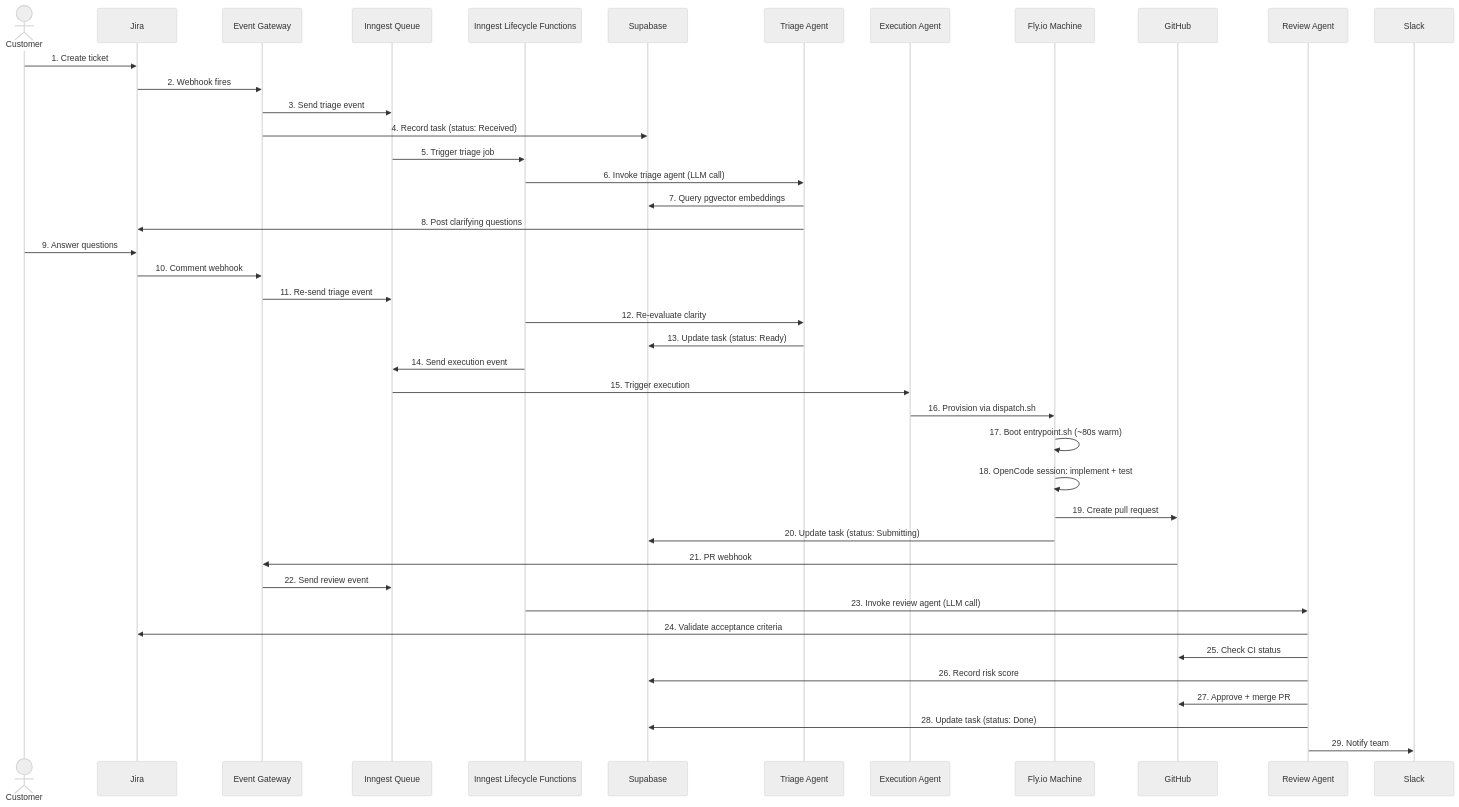
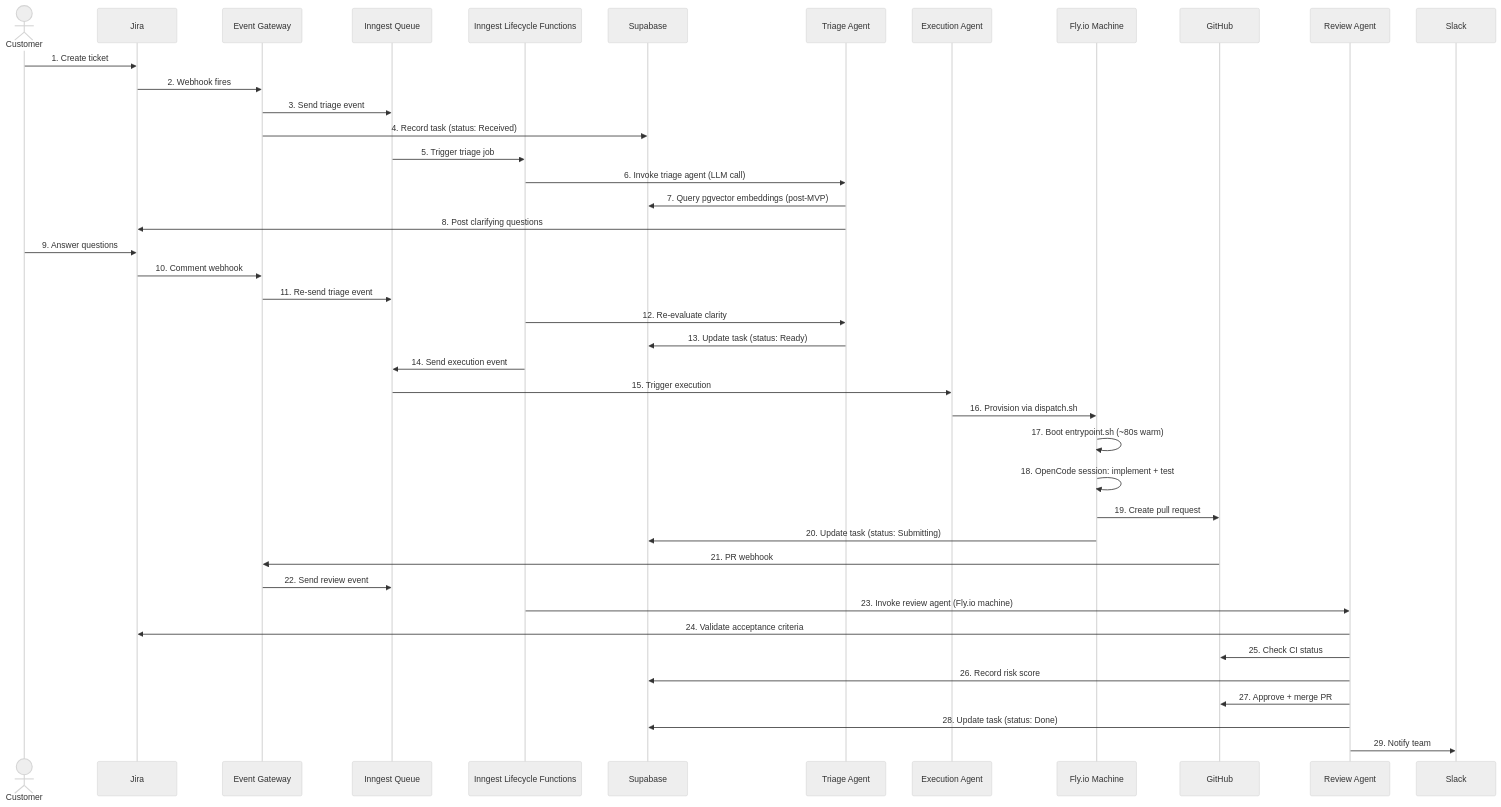
One commit to viiqswim/dozaldevs-ai-employee changed diagram 11 of 16 in docs/2026-03-22-2317-ai-employee-architecture.md. Above: the diagram before and after it, drawn with Mermaid (neutral theme). The commit also changed other lines of this file, not shown here.

Commit message:
docs: rewrite review agent as Fly.io-backed, add nexus-stack refs, fix gateway claims, update costs

````diff
--- a/docs/2026-03-22-2317-ai-employee-architecture.md
+++ b/docs/2026-03-22-2317-ai-employee-architecture.md
@@ -1076,45 +1109,45 @@
 ```mermaid
 sequenceDiagram
     actor Customer
     participant Jira
     participant Gateway as Event Gateway
     participant Inngest as Inngest Queue
     participant Orchestrator as Inngest Lifecycle Functions
     participant Supabase
     participant TriageAgent as Triage Agent
     participant ExecAgent as Execution Agent
     participant FlyMachine as Fly.io Machine
     participant GitHub
     participant ReviewAgent as Review Agent
     participant Slack
 
     Customer->>Jira: 1. Create ticket
     Jira->>Gateway: 2. Webhook fires
     Gateway->>Inngest: 3. Send triage event
     Gateway->>Supabase: 4. Record task (status: Received)
     Inngest->>Orchestrator: 5. Trigger triage job
     Orchestrator->>TriageAgent: 6. Invoke triage agent (LLM call)
-    TriageAgent->>Supabase: 7. Query pgvector embeddings
+     TriageAgent->>Supabase: 7. Query pgvector embeddings (post-MVP)
     TriageAgent->>Jira: 8. Post clarifying questions
     Customer->>Jira: 9. Answer questions
     Jira->>Gateway: 10. Comment webhook
     Gateway->>Inngest: 11. Re-send triage event
     Orchestrator->>TriageAgent: 12. Re-evaluate clarity
     TriageAgent->>Supabase: 13. Update task (status: Ready)
     Orchestrator->>Inngest: 14. Send execution event
     Inngest->>ExecAgent: 15. Trigger execution
     ExecAgent->>FlyMachine: 16. Provision via dispatch.sh
     FlyMachine->>FlyMachine: 17. Boot entrypoint.sh (~80s warm)
     FlyMachine->>FlyMachine: 18. OpenCode session: implement + test
     FlyMachine->>GitHub: 19. Create pull request
     FlyMachine->>Supabase: 20. Update task (status: Submitting)
     GitHub->>Gateway: 21. PR webhook
     Gateway->>Inngest: 22. Send review event
-    Orchestrator->>ReviewAgent: 23. Invoke review agent (LLM call)
+     Orchestrator->>ReviewAgent: 23. Invoke review agent (Fly.io machine)
     ReviewAgent->>Jira: 24. Validate acceptance criteria
     ReviewAgent->>GitHub: 25. Check CI status
     ReviewAgent->>Supabase: 26. Record risk score
     ReviewAgent->>GitHub: 27. Approve + merge PR
     ReviewAgent->>Supabase: 28. Update task (status: Done)
     ReviewAgent->>Slack: 29. Notify team
 ```
````
